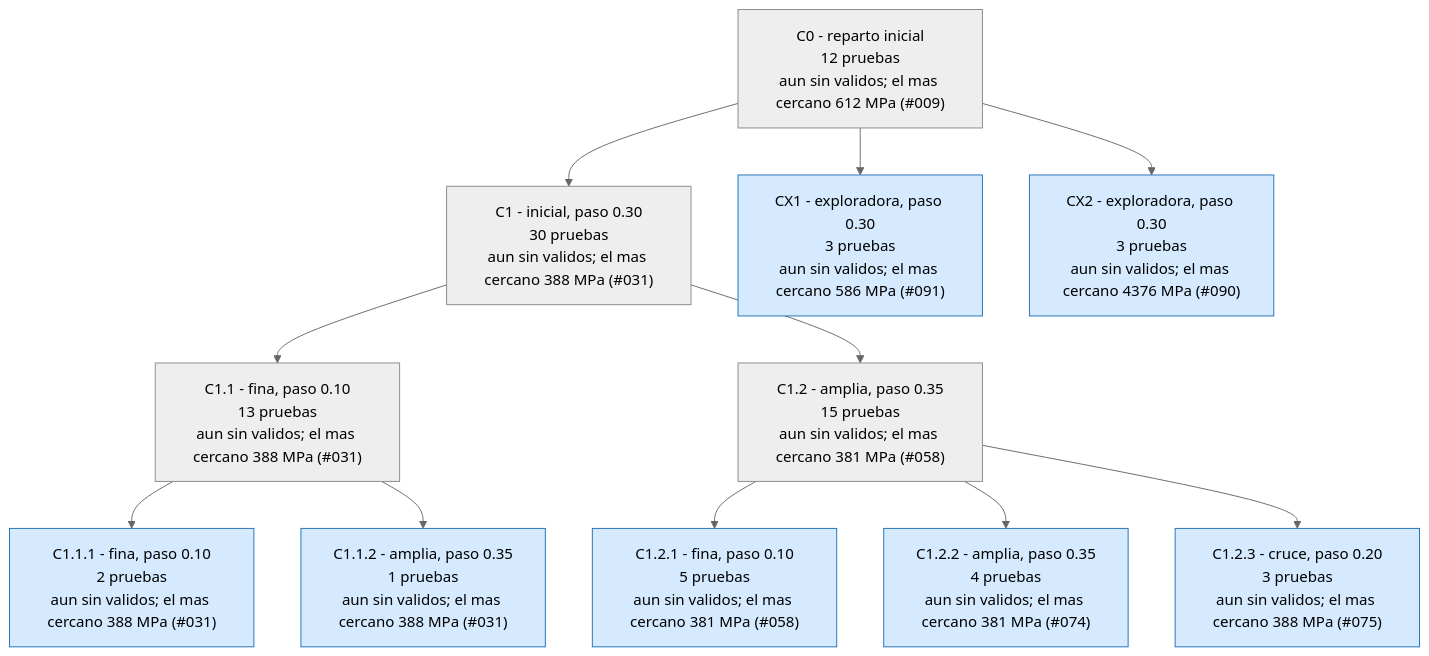
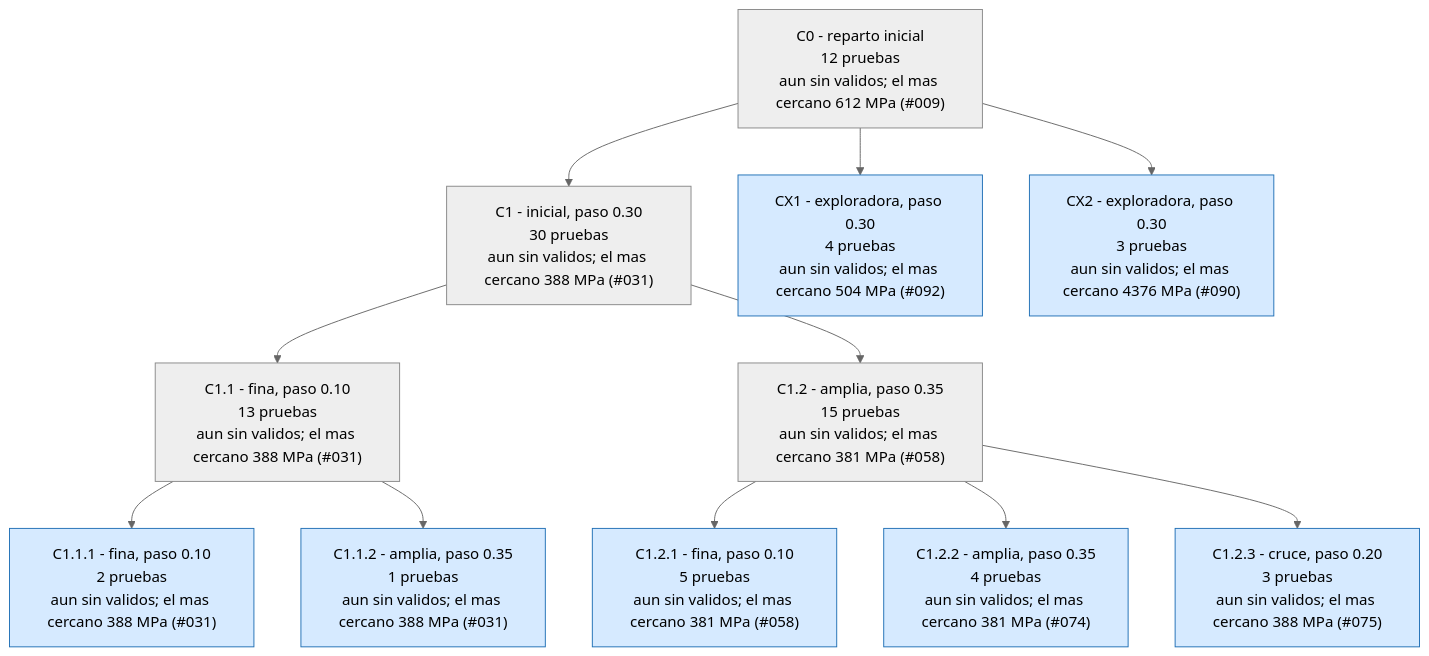
The third of 4 diagrams in runs/opt_37800N/ARBOL.md (Hugiko/msd-soporte-optimizacion), drawn with Mermaid (neutral theme) before and after one commit. The commit also changed 21 other files, not shown here.

````diff
--- a/runs/opt_37800N/ARBOL.md
+++ b/runs/opt_37800N/ARBOL.md
@@ -113,27 +113,27 @@
 ```mermaid
 graph TD
 classDef activa fill:#d6eaff,stroke:#1f6fb5,color:#000
 classDef fin fill:#eeeeee,stroke:#888,color:#000
 classDef mejor fill:#c8f0c0,stroke:#1a9850,stroke-width:4px,color:#000
 C0["C0 - reparto inicial<br/>12 pruebas<br/>aun sin validos; el mas cercano 612 MPa (#009)"]:::fin
 C1["C1 - inicial, paso 0.30<br/>30 pruebas<br/>aun sin validos; el mas cercano 388 MPa (#031)"]:::fin
 C0 --> C1
 C1_1["C1.1 - fina, paso 0.10<br/>13 pruebas<br/>aun sin validos; el mas cercano 388 MPa (#031)"]:::fin
 C1 --> C1_1
 C1_2["C1.2 - amplia, paso 0.35<br/>15 pruebas<br/>aun sin validos; el mas cercano 381 MPa (#058)"]:::fin
 C1 --> C1_2
 C1_1_1["C1.1.1 - fina, paso 0.10<br/>2 pruebas<br/>aun sin validos; el mas cercano 388 MPa (#031)"]:::activa
 C1_1 --> C1_1_1
 C1_1_2["C1.1.2 - amplia, paso 0.35<br/>1 pruebas<br/>aun sin validos; el mas cercano 388 MPa (#031)"]:::activa
 C1_1 --> C1_1_2
 C1_2_1["C1.2.1 - fina, paso 0.10<br/>5 pruebas<br/>aun sin validos; el mas cercano 381 MPa (#058)"]:::activa
 C1_2 --> C1_2_1
 C1_2_2["C1.2.2 - amplia, paso 0.35<br/>4 pruebas<br/>aun sin validos; el mas cercano 381 MPa (#074)"]:::activa
 C1_2 --> C1_2_2
 C1_2_3["C1.2.3 - cruce, paso 0.20<br/>3 pruebas<br/>aun sin validos; el mas cercano 388 MPa (#075)"]:::activa
 C1_2 --> C1_2_3
-CX1["CX1 - exploradora, paso 0.30<br/>3 pruebas<br/>aun sin validos; el mas cercano 586 MPa (#091)"]:::activa
+CX1["CX1 - exploradora, paso 0.30<br/>4 pruebas<br/>aun sin validos; el mas cercano 504 MPa (#092)"]:::activa
 C0 --> CX1
 CX2["CX2 - exploradora, paso 0.30<br/>3 pruebas<br/>aun sin validos; el mas cercano 4376 MPa (#090)"]:::activa
 C0 --> CX2
 ```
````
